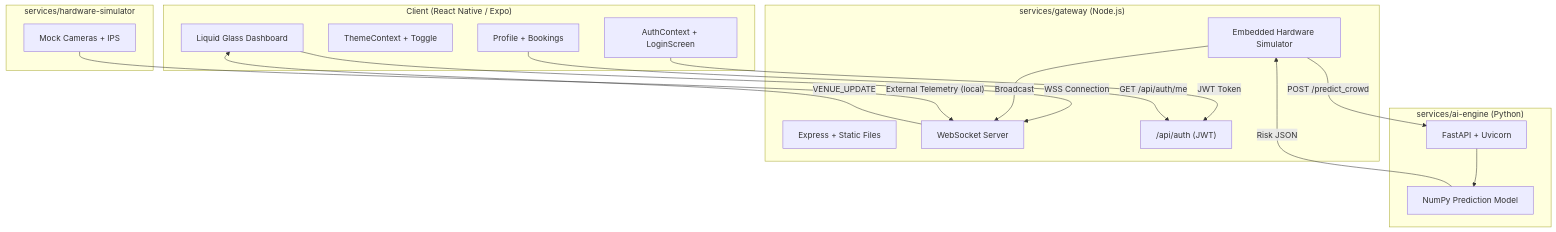
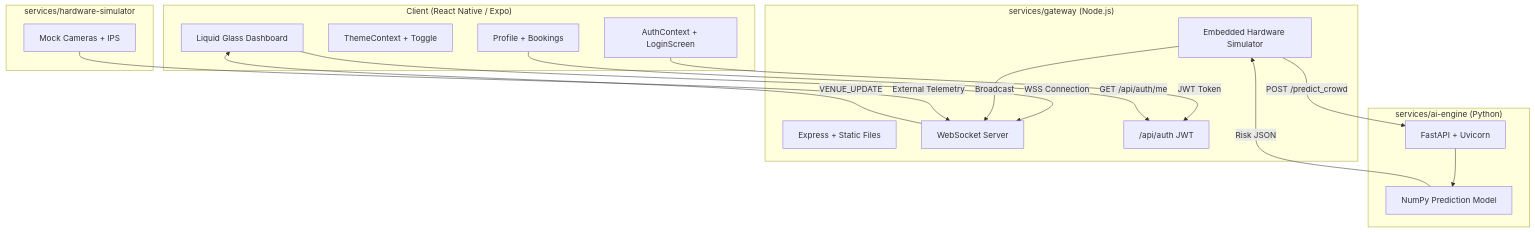
One commit to pratyush06-aec/promptwar_google changed the diagram in README.md. Above: the diagram before and after it, drawn with Mermaid. The commit also changed other lines of this file and 2 other files, not shown here.

Commit message:
docs: comprehensive README update with live screenshot, badges, API endpoints, test coverage, and deployment details

````diff
--- a/README.md
+++ b/README.md
@@ -33,35 +53,35 @@
 ```mermaid
 graph TD
     subgraph Client ["Client (React Native / Expo)"]
         Auth[AuthContext + LoginScreen]
         Theme[ThemeContext + Toggle]
         UI[Liquid Glass Dashboard]
         Profile[Profile + Bookings]
     end
 
     subgraph Gateway ["services/gateway (Node.js)"]
         Express[Express + Static Files]
         WS[WebSocket Server]
-        AuthAPI["/api/auth (JWT)"]
+        AuthAPI["/api/auth JWT"]
         HWLoop[Embedded Hardware Simulator]
     end
 
     subgraph AI ["services/ai-engine (Python)"]
         FastAPI[FastAPI + Uvicorn]
         Model[NumPy Prediction Model]
     end
 
     subgraph HW ["services/hardware-simulator"]
         Sensors[Mock Cameras + IPS]
     end
 
     Auth -->|"JWT Token"| AuthAPI
     UI -->|"WSS Connection"| WS
     Profile -->|"GET /api/auth/me"| AuthAPI
     HWLoop -->|"POST /predict_crowd"| FastAPI
     FastAPI --> Model
     Model -->|"Risk JSON"| HWLoop
     HWLoop -->|"Broadcast"| WS
     WS -->|"VENUE_UPDATE"| UI
-    Sensors -->|"External Telemetry (local)"| WS
+    Sensors -->|"External Telemetry"| WS
 ```
````
